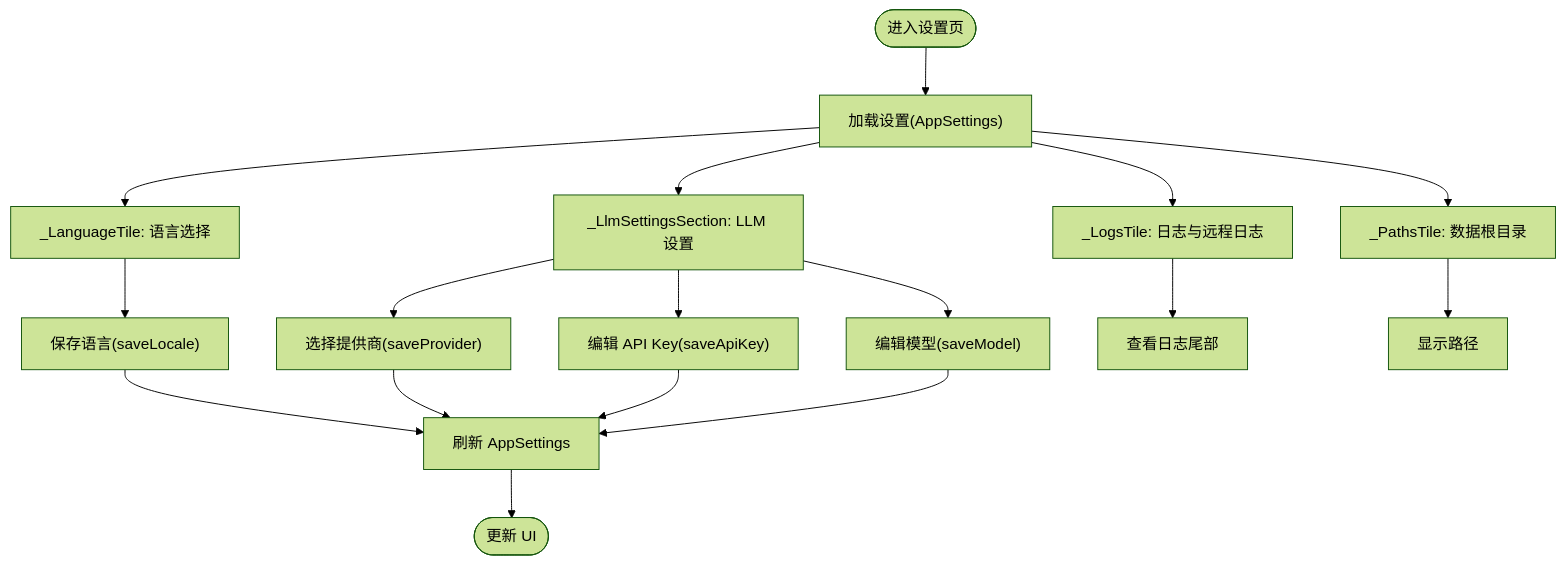
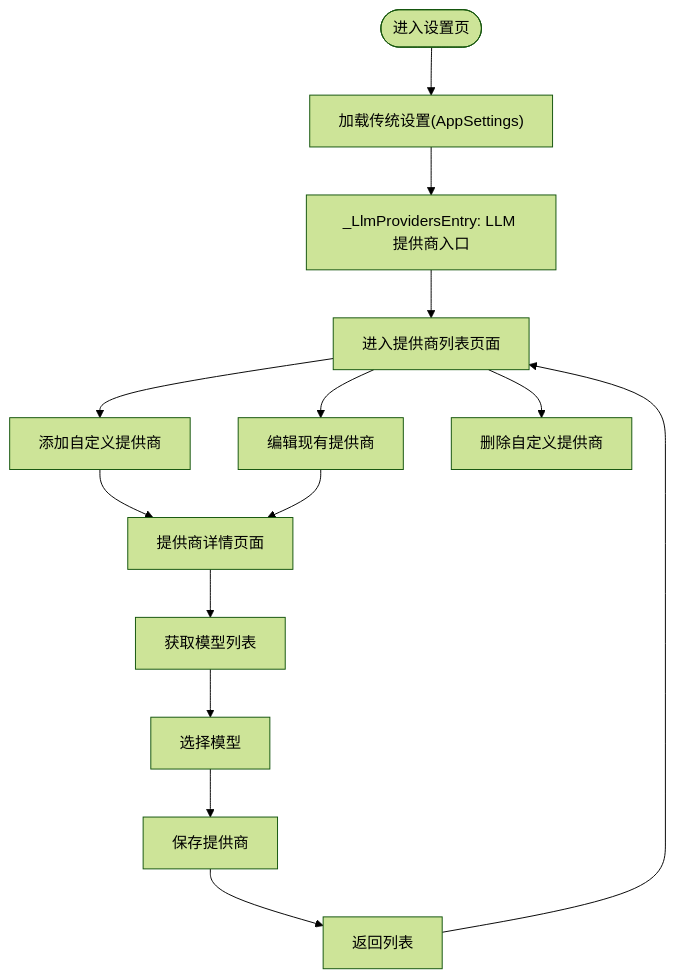
One commit to Ykworm/thktree changed the fourth of 5 diagrams in .qoder/repowiki/zh/content/核心功能模块/设置管理系统.md. Above: the diagram before and after it, drawn with Mermaid (forest theme). The commit also changed other lines of this file and 45 other files, not shown here.

````diff
--- a/.qoder/repowiki/zh/content/核心功能模块/设置管理系统.md
+++ b/.qoder/repowiki/zh/content/核心功能模块/设置管理系统.md
@@ -217,19 +261,16 @@
 ```mermaid
 flowchart TD
-Start(["进入设置页"]) --> Load["加载设置(AppSettings)"]
-Load --> LangTile["_LanguageTile: 语言选择"]
-Load --> LlmSec["_LlmSettingsSection: LLM 设置"]
-Load --> LogsTile["_LogsTile: 日志与远程日志"]
-Load --> PathsTile["_PathsTile: 数据根目录"]
-LangTile --> SaveLang["保存语言(saveLocale)"]
-LlmSec --> PickProv["选择提供商(saveProvider)"]
-LlmSec --> EditKey["编辑 API Key(saveApiKey)"]
-LlmSec --> EditModel["编辑模型(saveModel)"]
-LogsTile --> ViewLogs["查看日志尾部"]
-PathsTile --> ShowPath["显示路径"]
-SaveLang --> Refresh["刷新 AppSettings"]
-PickProv --> Refresh
-EditKey --> Refresh
-EditModel --> Refresh
-Refresh --> End(["更新 UI"])
+Start(["进入设置页"]) --> LegacySettings["加载传统设置(AppSettings)"]
+LegacySettings --> LlmEntry["_LlmProvidersEntry: LLM 提供商入口"]
+LlmEntry --> ProvidersList["进入提供商列表页面"]
+ProvidersList --> AddProvider["添加自定义提供商"]
+ProvidersList --> EditProvider["编辑现有提供商"]
+ProvidersList --> DeleteProvider["删除自定义提供商"]
+AddProvider --> ProviderDetail["提供商详情页面"]
+EditProvider --> ProviderDetail
+ProviderDetail --> FetchModels["获取模型列表"]
+FetchModels --> SelectModels["选择模型"]
+SelectModels --> SaveProvider["保存提供商"]
+SaveProvider --> BackToList["返回列表"]
+BackToList --> ProvidersList
 ```
````
